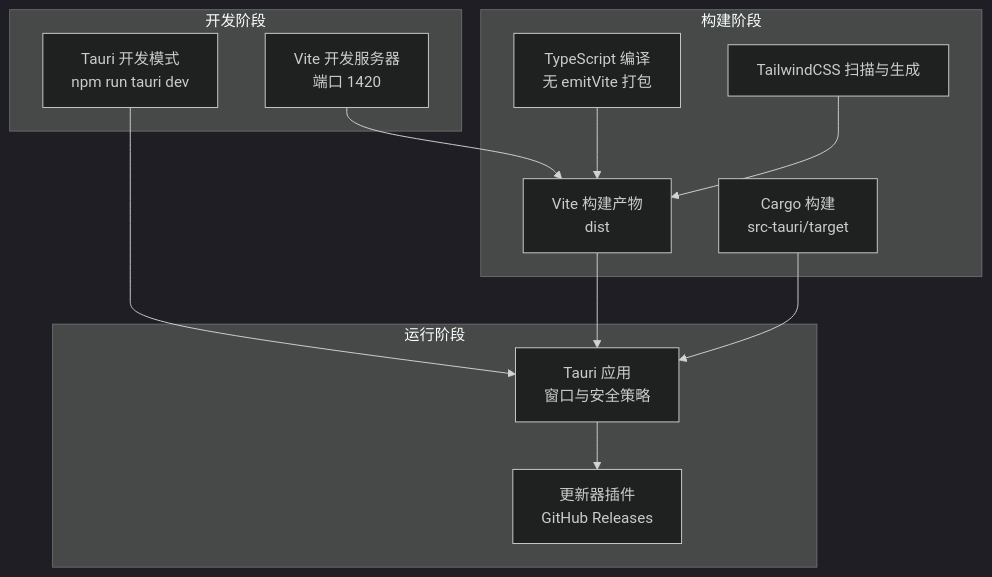
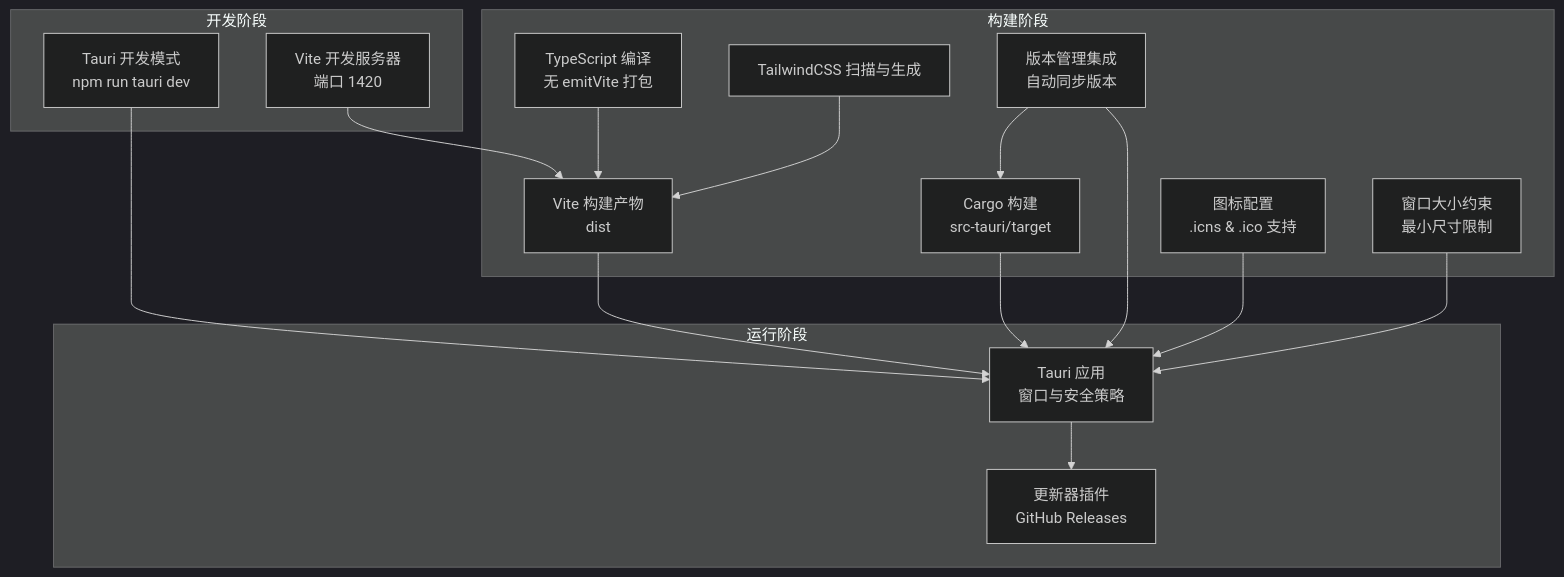
Before and after one commit to YLee9527/Medex: the second of 8 diagrams in doc/repowiki/zh/content/部署与发布/构建配置.md, drawn with Mermaid (dark theme). The commit also changed other lines of this file and 31 other files, not shown here.

First line of the commit message:
docs(doc): 添加部署脚本、锁屏功能、发布指南及设置按钮图标文档

````diff
--- a/doc/repowiki/zh/content/部署与发布/构建配置.md
+++ b/doc/repowiki/zh/content/部署与发布/构建配置.md
@@ -129,24 +164,31 @@
 ```mermaid
 graph TB
 subgraph "开发阶段"
 DEV["Vite 开发服务器<br/>端口 1420"]
 TAURI_DEV["Tauri 开发模式<br/>npm run tauri dev"]
 end
 subgraph "构建阶段"
 TS["TypeScript 编译<br/>无 emitVite 打包"]
 TW["TailwindCSS 扫描与生成"]
 VITE["Vite 构建产物<br/>dist"]
 CARGO["Cargo 构建<br/>src-tauri/target"]
+VERMAN["版本管理集成<br/>自动同步版本"]
+ICONS["图标配置<br/>.icns & .ico 支持"]
+WINCONST["窗口大小约束<br/>最小尺寸限制"]
 end
 subgraph "运行阶段"
 APP["Tauri 应用<br/>窗口与安全策略"]
 UPD["更新器插件<br/>GitHub Releases"]
 end
 DEV --> VITE
 TAURI_DEV --> APP
 TS --> VITE
 TW --> VITE
 VITE --> APP
 CARGO --> APP
+VERMAN --> CARGO
+VERMAN --> APP
+ICONS --> APP
+WINCONST --> APP
 APP --> UPD
 ```
````
